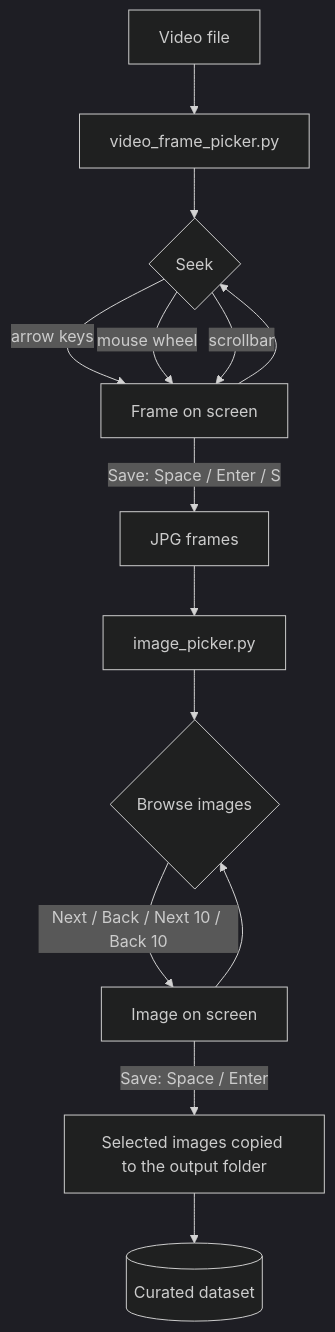
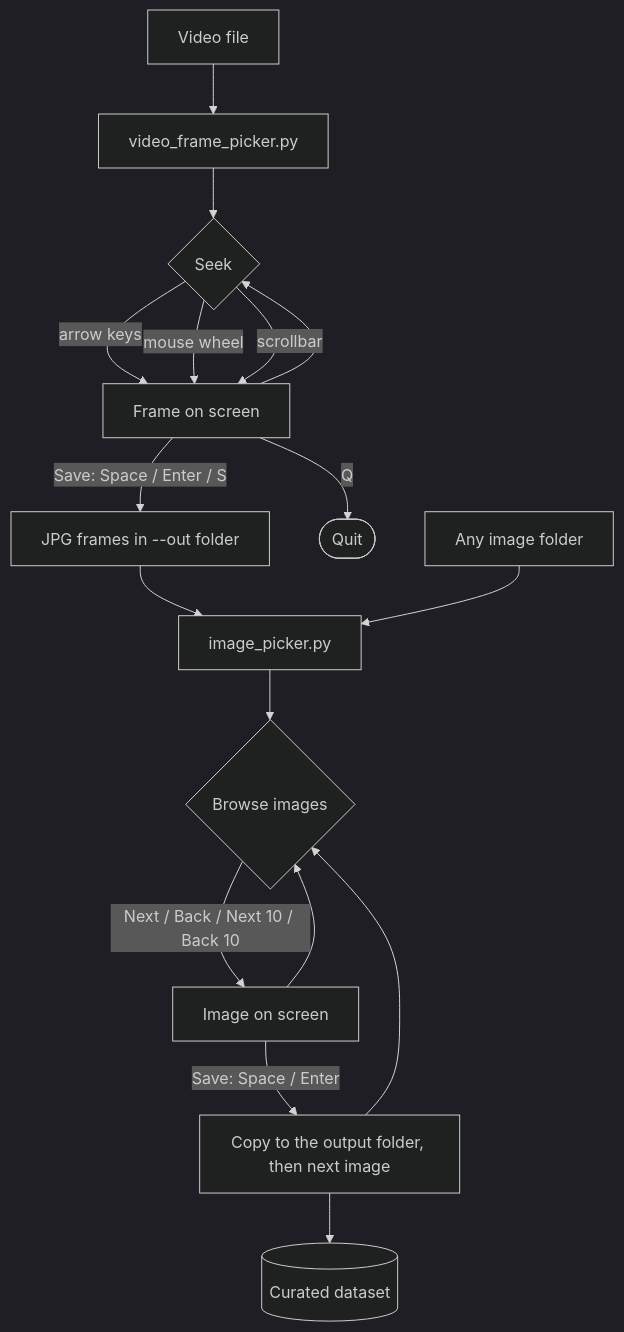
Before and after one commit to karemdm/video-frame-picker: the diagram in README.md, drawn with Mermaid (dark theme). The commit also changed other lines of this file, not shown here.

Commit message:
README: update diagram, scrollbar, file name and preview notes to match the code

````diff
--- a/README.md
+++ b/README.md
@@ -14,16 +14,19 @@
 ```mermaid
 flowchart TD
     A[Video file] --> B[video_frame_picker.py]
     B --> C{Seek}
     C -->|arrow keys| D[Frame on screen]
     C -->|mouse wheel| D
     C -->|scrollbar| D
-    D -->|Save: Space / Enter / S| E[JPG frames]
     D --> C
+    D -->|Save: Space / Enter / S| E[JPG frames in --out folder]
+    D -->|Q| Z([Quit])
     E --> F[image_picker.py]
+    X[Any image folder] --> F
     F --> G{Browse images}
     G -->|Next / Back / Next 10 / Back 10| H[Image on screen]
-    H -->|Save: Space / Enter| I[Selected images copied to the output folder]
     H --> G
+    H -->|Save: Space / Enter| I[Copy to the output folder, then next image]
+    I --> G
     I --> J[(Curated dataset)]
 ```
````
